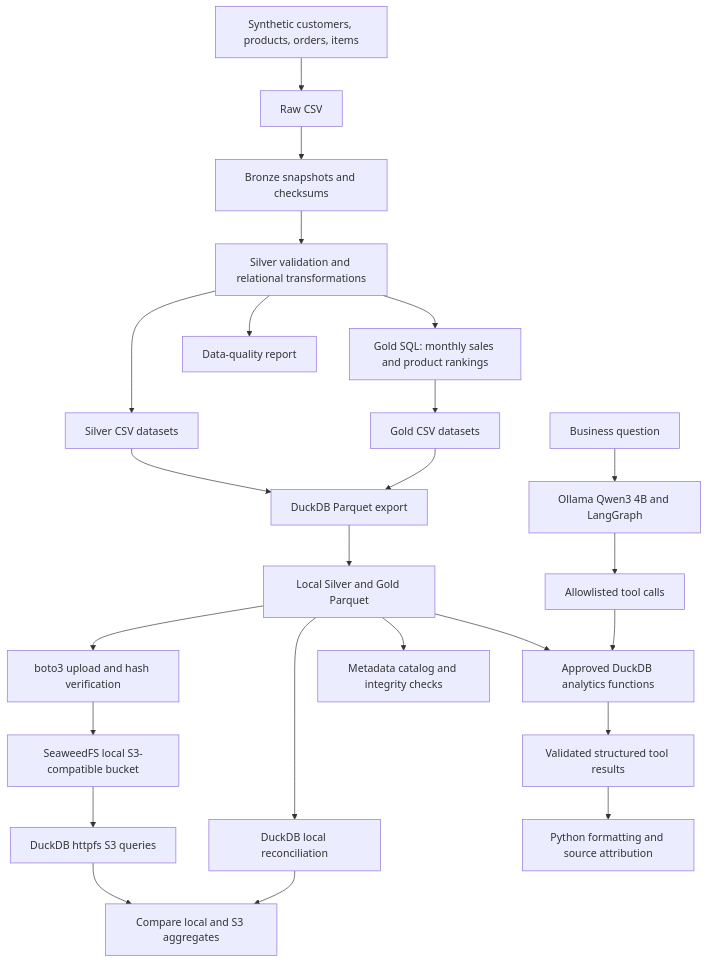
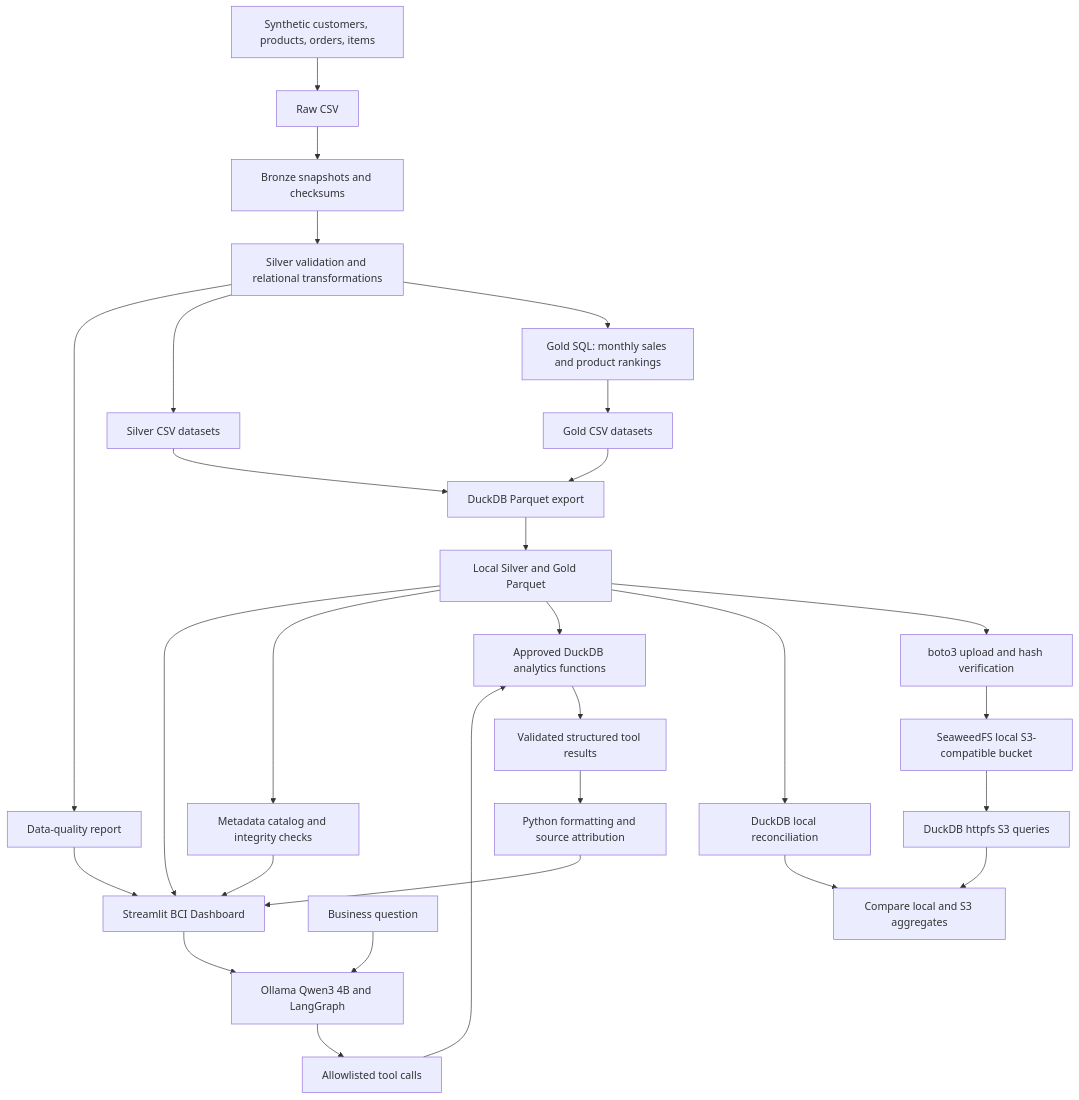
Before and after one commit to MariMecucci/beauty-commerce-intelligence: the diagram in README.md, drawn with Mermaid. The commit also changed other lines of this file and 2 other files, not shown here.

Commit message:
docs: update README with dashboard and AI Studio

````diff
--- a/README.md
+++ b/README.md
@@ -27,26 +42,31 @@
 ```mermaid
 flowchart TD
     A[Synthetic customers, products, orders, items] --> B[Raw CSV]
     B --> C[Bronze snapshots and checksums]
     C --> D[Silver validation and relational transformations]
     D --> E[Gold SQL: monthly sales and product rankings]
     D --> F[Silver CSV datasets]
     E --> G[Gold CSV datasets]
     F --> H[DuckDB Parquet export]
     G --> H
     H --> I[Local Silver and Gold Parquet]
     I --> J[boto3 upload and hash verification]
     J --> K[SeaweedFS local S3-compatible bucket]
     K --> L[DuckDB httpfs S3 queries]
     I --> M[DuckDB local reconciliation]
     L --> N[Compare local and S3 aggregates]
     M --> N
     I --> O[Approved DuckDB analytics functions]
     P[Business question] --> Q[Ollama Qwen3 4B and LangGraph]
     Q --> R[Allowlisted tool calls]
     R --> O
     O --> S[Validated structured tool results]
     S --> T[Python formatting and source attribution]
     I --> U[Metadata catalog and integrity checks]
     D --> V[Data-quality report]
+    I --> W[Streamlit BCI Dashboard]
+    W --> Q
+    T --> W
+    U --> W
+    V --> W
 ```
````
